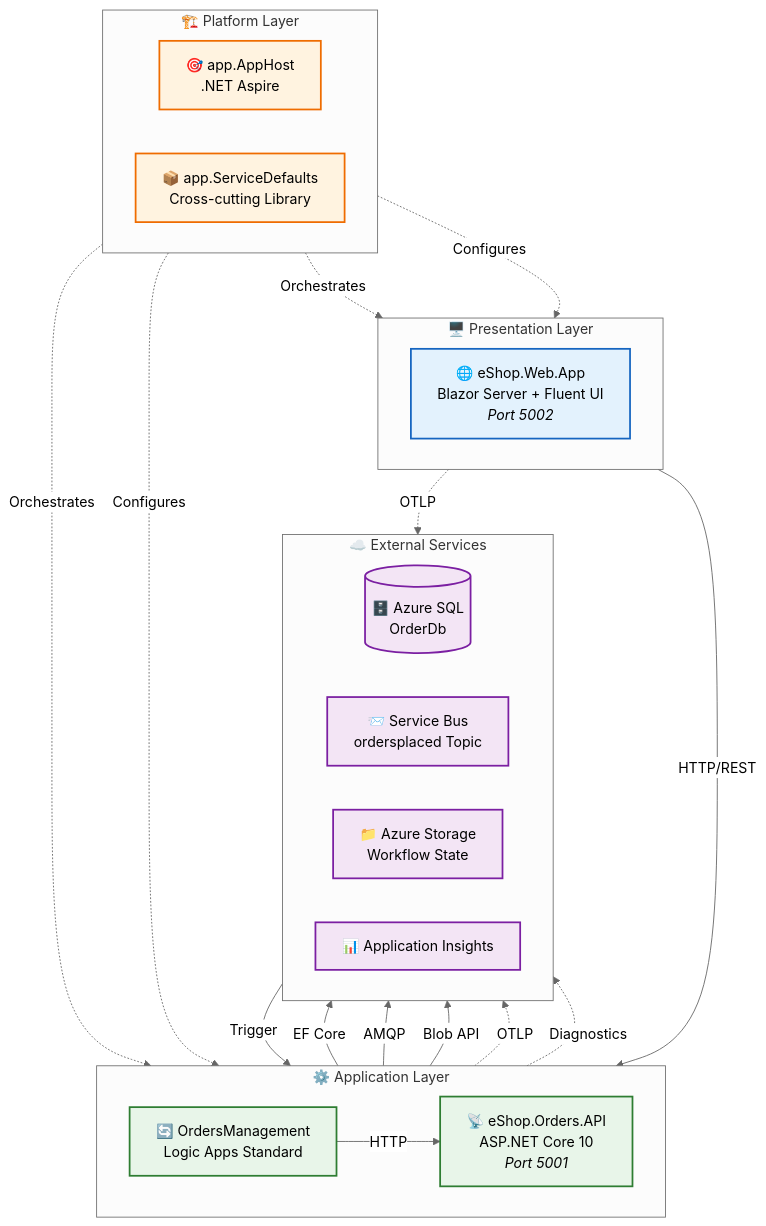
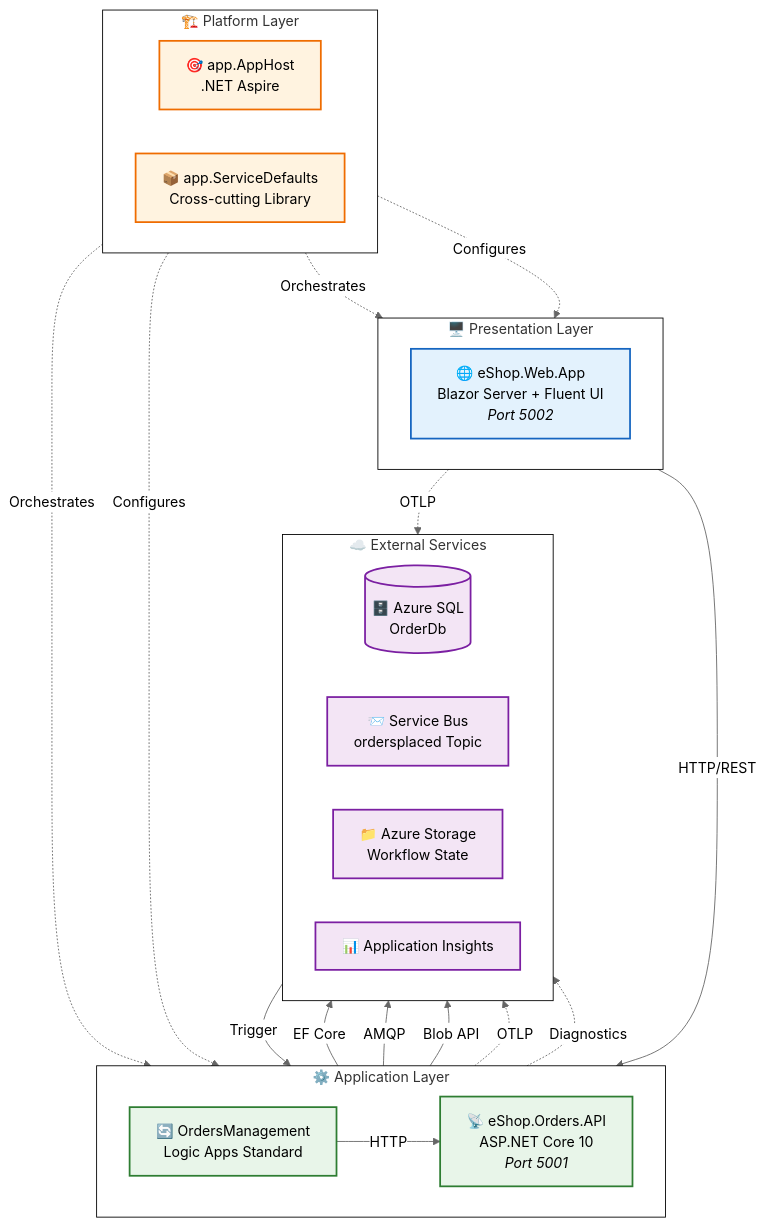
The first of 5 diagrams in docs/architecture/03-application-architecture.md (Evilazaro/Azure-LogicApps-Monitoring), drawn with Mermaid (neutral theme) before and after one commit. The commit also changed other lines of this file and 2 other files, not shown here.

Commit message:
Refactor Mermaid diagrams for improved clarity and consistency across architecture documentation

````diff
--- a/docs/architecture/03-application-architecture.md
+++ b/docs/architecture/03-application-architecture.md
@@ -42,53 +42,53 @@
 ```mermaid
 flowchart TB
-    subgraph Presentation["🖥️ Presentation Layer"]
-        direction LR
-        WebApp["🌐 eShop.Web.App<br/>Blazor Server + Fluent UI<br/><i>Port 5002</i>"]
-    end
+ subgraph Presentation["🖥️ Presentation Layer"]
+    direction LR
+        WebApp["🌐 eShop.Web.App<br>Blazor Server + Fluent UI<br><i>Port 5002</i>"]
+  end
+ subgraph Application["⚙️ Application Layer"]
+    direction LR
+        API["📡 eShop.Orders.API<br>ASP.NET Core 10<br><i>Port 5001</i>"]
+        Workflow["🔄 OrdersManagement<br>Logic Apps Standard"]
+  end
+ subgraph Platform["🏗️ Platform Layer"]
+    direction LR
+        Orchestrator["🎯 app.AppHost<br>.NET Aspire"]
+        SharedLib["📦 app.ServiceDefaults<br>Cross-cutting Library"]
+  end
+ subgraph External["☁️ External Services"]
+    direction LR
+        DB[("🗄️ Azure SQL<br>OrderDb")]
+        Queue["📨 Service Bus<br>ordersplaced Topic"]
+        Storage["📁 Azure Storage<br>Workflow State"]
+        Monitor["📊 Application Insights"]
+  end
+    WebApp -- HTTP/REST --> API
+    API -- EF Core --> DB
+    API -- AMQP --> Queue
+    Queue -- Trigger --> Workflow
+    Workflow -- HTTP --> API
+    Workflow -- Blob API --> Storage
+    Orchestrator -. Orchestrates .-> WebApp & API
+    SharedLib -. Configures .-> WebApp & API
+    WebApp -. OTLP .-> Monitor
+    API -. OTLP .-> Monitor
+    Workflow -. Diagnostics .-> Monitor
 
-    subgraph Application["⚙️ Application Layer"]
-        direction LR
-        API["📡 eShop.Orders.API<br/>ASP.NET Core 10<br/><i>Port 5001</i>"]
-        Workflow["🔄 OrdersManagement<br/>Logic Apps Standard"]
-    end
-
-    subgraph Platform["🏗️ Platform Layer"]
-        direction LR
-        Orchestrator["🎯 app.AppHost<br/>.NET Aspire"]
-        SharedLib["📦 app.ServiceDefaults<br/>Cross-cutting Library"]
-    end
-
-    subgraph External["☁️ External Services"]
-        direction LR
-        DB[("🗄️ Azure SQL<br/>OrderDb")]
-        Queue["📨 Service Bus<br/>ordersplaced Topic"]
-        Storage["📁 Azure Storage<br/>Workflow State"]
-        Monitor["📊 Application Insights"]
-    end
-
-    WebApp -->|"HTTP/REST"| API
-    API -->|"EF Core"| DB
-    API -->|"AMQP"| Queue
-    Queue -->|"Trigger"| Workflow
-    Workflow -->|"HTTP"| API
-    Workflow -->|"Blob API"| Storage
-
-    Orchestrator -.->|"Orchestrates"| WebApp
-    Orchestrator -.->|"Orchestrates"| API
-    SharedLib -.->|"Configures"| WebApp
-    SharedLib -.->|"Configures"| API
-
-    WebApp -.->|"OTLP"| Monitor
-    API -.->|"OTLP"| Monitor
-    Workflow -.->|"Diagnostics"| Monitor
-
+     WebApp:::presentation
+     API:::application
+     Workflow:::application
+     Orchestrator:::platform
+     SharedLib:::platform
+     DB:::external
+     Queue:::external
+     Storage:::external
+     Monitor:::external
     classDef presentation fill:#e3f2fd,stroke:#1565c0,stroke-width:2px
     classDef application fill:#e8f5e9,stroke:#2e7d32,stroke-width:2px
     classDef platform fill:#fff3e0,stroke:#ef6c00,stroke-width:2px
     classDef external fill:#f3e5f5,stroke:#7b1fa2,stroke-width:2px
-
-    class WebApp presentation
-    class API,Workflow application
-    class Orchestrator,SharedLib platform
-    class DB,Queue,Storage,Monitor external
+    style Platform stroke:#000000,fill:#FFFFFF
+    style Presentation stroke:#000000,fill:#FFFFFF
+    style Application stroke:#000000,fill:#FFFFFF
+    style External stroke:#000000,fill:#FFFFFF
 ```
````
